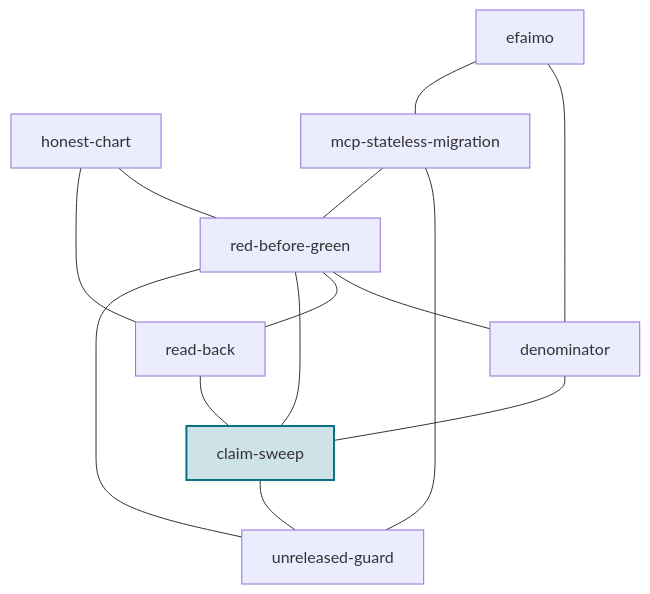
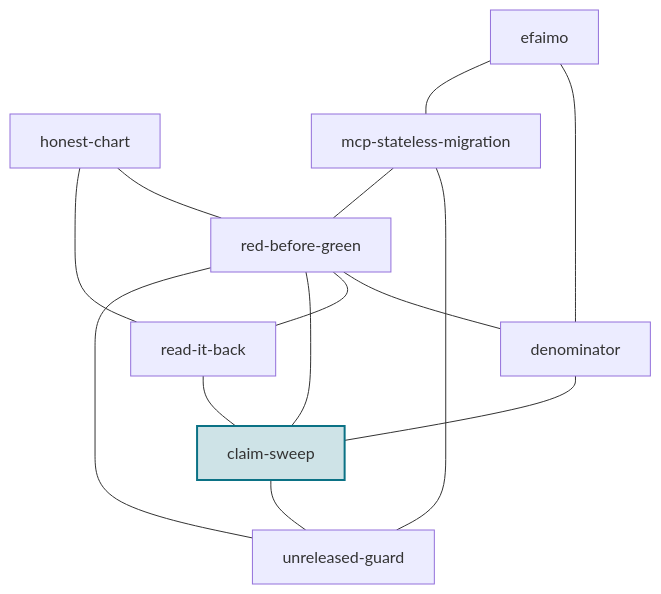
Before and after one commit to efaimo-ai/claim-sweep: the third of 3 diagrams in README.md, drawn with Mermaid. The commit also changed other lines of this file, not shown here.

Commit message:
The set names read-it-back, the new name of read-back
Regenerated from skill-pkg/relations.mjs: the siblings block and the set
table follow the rename, and links keep the repository's current address.

````diff
--- a/README.md
+++ b/README.md
@@ -192,26 +192,26 @@
 ```mermaid
 graph TD
     red_before_green["red-before-green"]
     denominator["denominator"]
-    read_back["read-back"]
+    read_it_back["read-it-back"]
     claim_sweep["claim-sweep"]
     unreleased_guard["unreleased-guard"]
     honest_chart["honest-chart"]
     mcp_stateless_migration["mcp-stateless-migration"]
     efaimo["efaimo"]
     red_before_green --- denominator
-    red_before_green --- read_back
+    red_before_green --- read_it_back
     denominator --- claim_sweep
-    read_back --- claim_sweep
+    read_it_back --- claim_sweep
     claim_sweep --- red_before_green
     claim_sweep --- unreleased_guard
     unreleased_guard --- red_before_green
     honest_chart --- red_before_green
-    honest_chart --- read_back
+    honest_chart --- read_it_back
     mcp_stateless_migration --- unreleased_guard
     mcp_stateless_migration --- red_before_green
     efaimo --- denominator
     efaimo --- mcp_stateless_migration
     classDef self fill:#0b728533,stroke:#0b7285,stroke-width:2px;
     class claim_sweep self;
 ```
````
